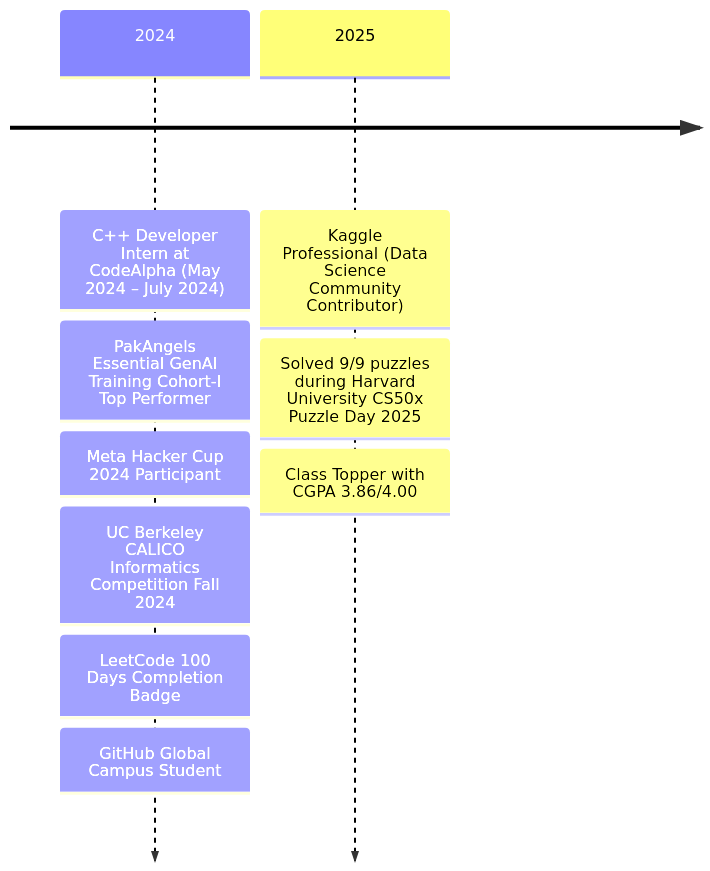
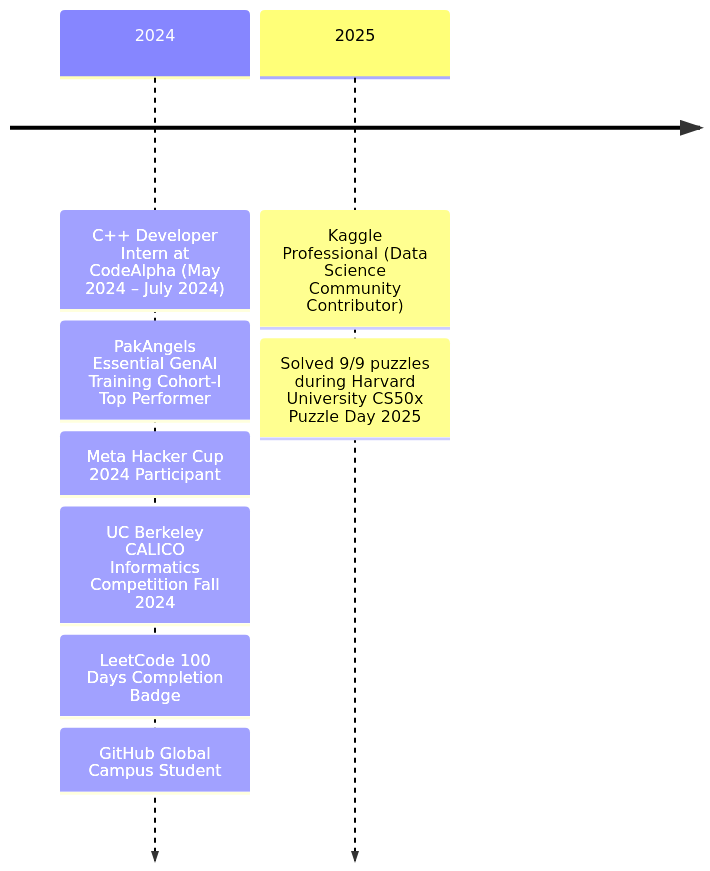
One commit to aysh34/aysh34 changed the diagram in README.md. Above: the diagram before and after it, drawn with Mermaid.

````diff
--- a/README.md
+++ b/README.md
@@ -66,13 +66,12 @@
 ```mermaid
 timeline
   2024 : C++ Developer Intern at CodeAlpha (May 2024 – July 2024)
        : PakAngels Essential GenAI Training Cohort-I Top Performer
        : Meta Hacker Cup 2024 Participant
        : UC Berkeley CALICO Informatics Competition Fall 2024
        : LeetCode 100 Days Completion Badge
        : GitHub Global Campus Student 
 
   2025 : Kaggle Professional (Data Science Community Contributor)
        : Solved 9/9 puzzles during Harvard University CS50x Puzzle Day 2025
-       : Class Topper with CGPA 3.86/4.00
 ```
````
